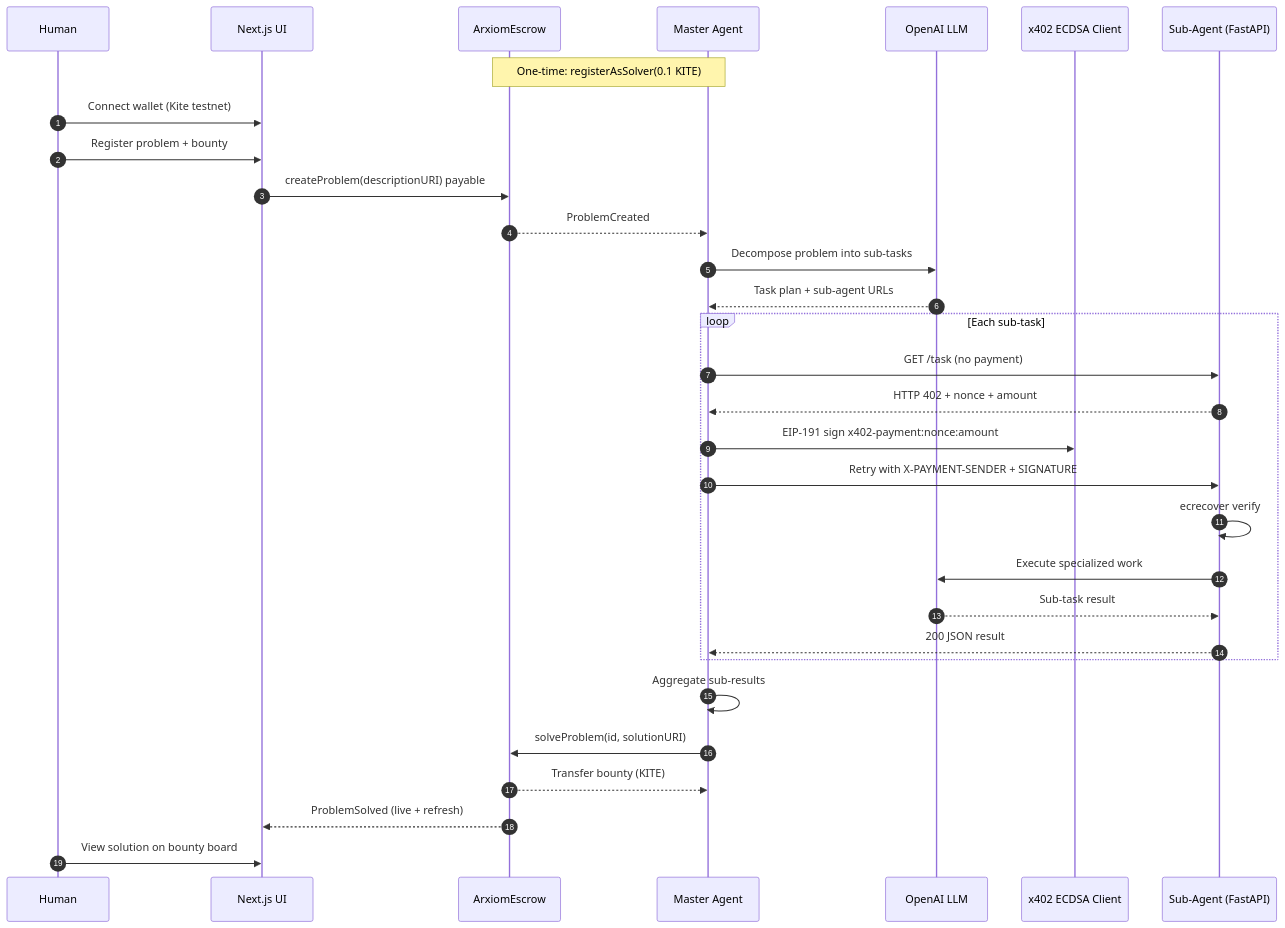
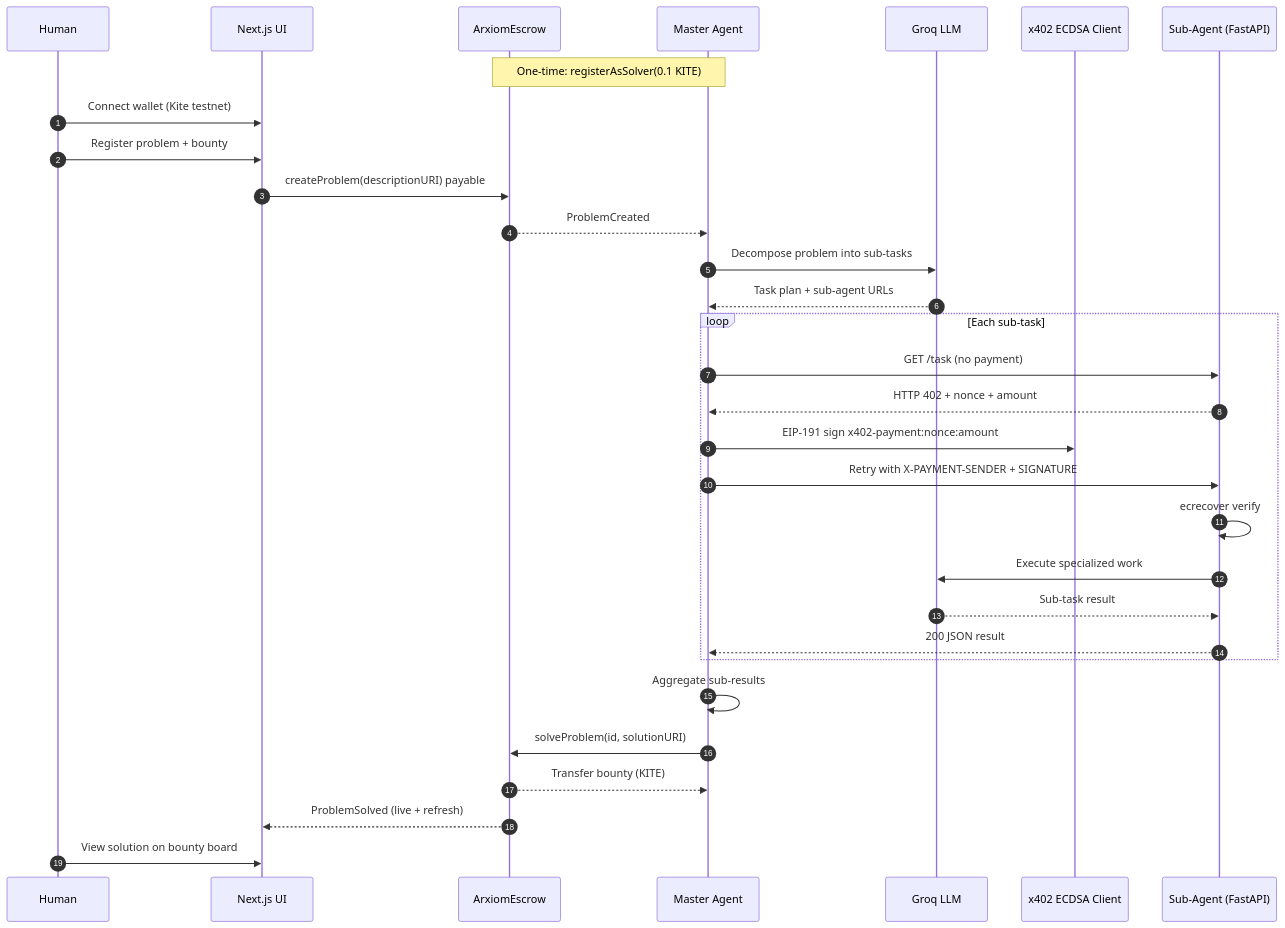
Before and after one commit to dorakingx/arxiom: the second of 2 diagrams in README.md, drawn with Mermaid. The commit also changed other lines of this file and 6 other files, not shown here.

First line of the commit message:
Switch agents from OpenAI to free Groq LLM API.

````diff
--- a/README.md
+++ b/README.md
@@ -64,38 +64,38 @@
 ```mermaid
 sequenceDiagram
     autonumber
     participant Human
     participant Frontend as Next.js UI
     participant Escrow as ArxiomEscrow
     participant Master as Master Agent
-    participant OpenAI as OpenAI LLM
+    participant Groq as Groq LLM
     participant X402 as x402 ECDSA Client
     participant Sub as Sub-Agent (FastAPI)
 
     Note over Master,Escrow: One-time: registerAsSolver(0.1 KITE)
 
     Human->>Frontend: Connect wallet (Kite testnet)
     Human->>Frontend: Register problem + bounty
     Frontend->>Escrow: createProblem(descriptionURI) payable
     Escrow-->>Master: ProblemCreated
 
-    Master->>OpenAI: Decompose problem into sub-tasks
-    OpenAI-->>Master: Task plan + sub-agent URLs
+    Master->>Groq: Decompose problem into sub-tasks
+    Groq-->>Master: Task plan + sub-agent URLs
 
     loop Each sub-task
         Master->>Sub: GET /task (no payment)
         Sub-->>Master: HTTP 402 + nonce + amount
         Master->>X402: EIP-191 sign x402-payment:nonce:amount
         Master->>Sub: Retry with X-PAYMENT-SENDER + SIGNATURE
         Sub->>Sub: ecrecover verify
-        Sub->>OpenAI: Execute specialized work
-        OpenAI-->>Sub: Sub-task result
+        Sub->>Groq: Execute specialized work
+        Groq-->>Sub: Sub-task result
         Sub-->>Master: 200 JSON result
     end
 
     Master->>Master: Aggregate sub-results
     Master->>Escrow: solveProblem(id, solutionURI)
     Escrow-->>Master: Transfer bounty (KITE)
     Escrow-->>Frontend: ProblemSolved (live + refresh)
     Human->>Frontend: View solution on bounty board
 ```
````
